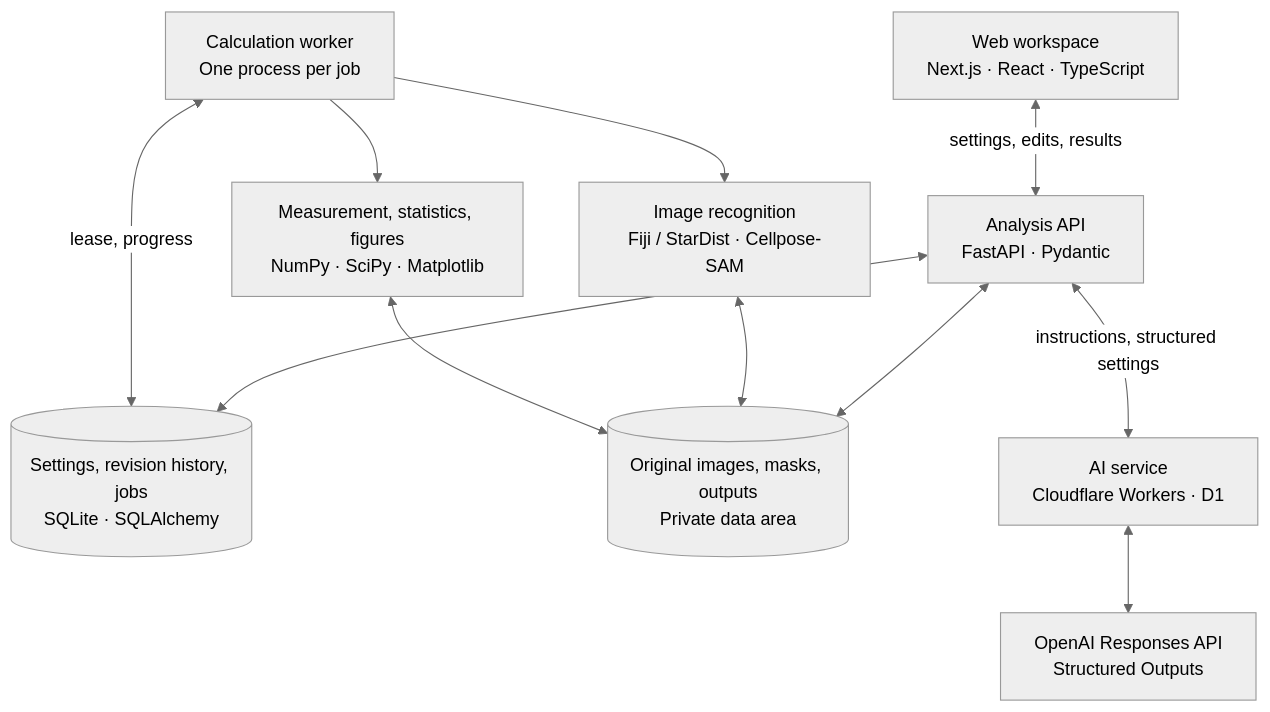
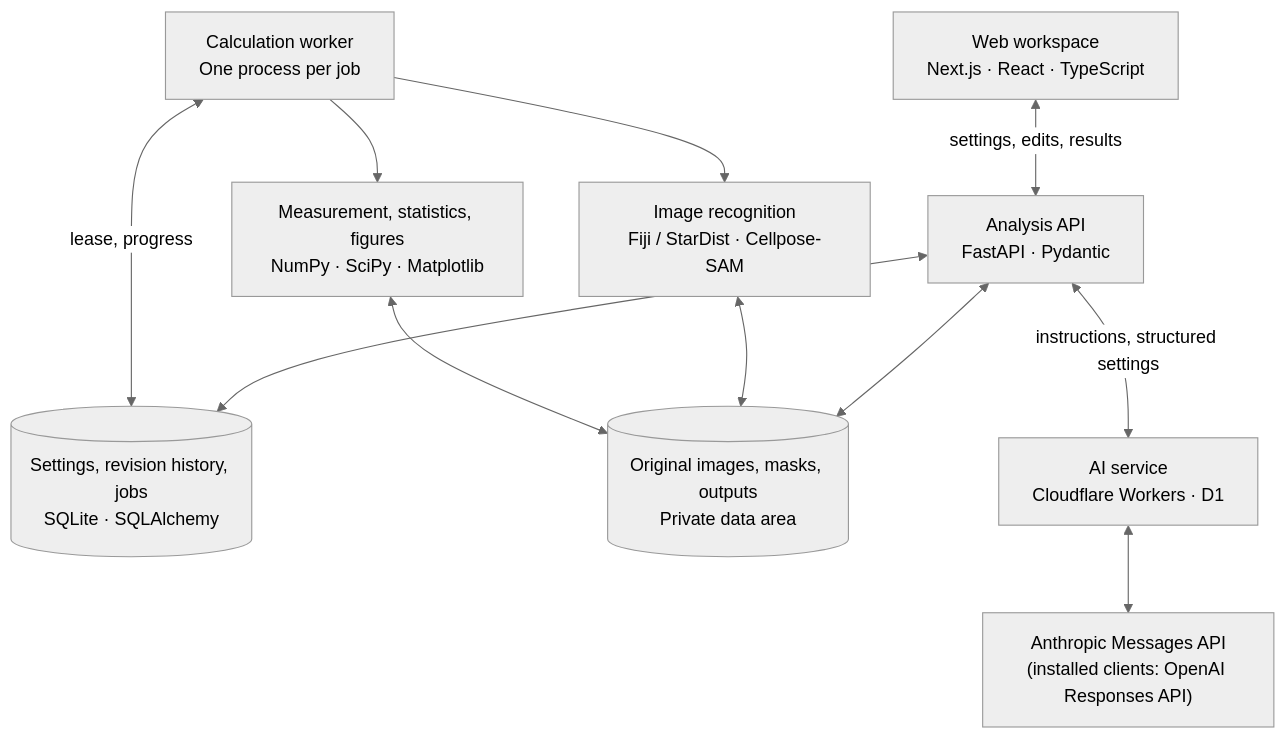
One commit to genellect/cytellect changed the diagram in README.en.md. Above: the diagram before and after it, drawn with Mermaid (neutral theme). The commit also changed 55 other files, not shown here.

````diff
--- a/README.en.md
+++ b/README.en.md
@@ -27,23 +27,23 @@
 ```mermaid
 flowchart TB
     Web["Web workspace<br/>Next.js · React · TypeScript"]
     API["Analysis API<br/>FastAPI · Pydantic"]
     State[("Settings, revision history, jobs<br/>SQLite · SQLAlchemy")]
     Files[("Original images, masks, outputs<br/>Private data area")]
     Worker["Calculation worker<br/>One process per job"]
     Models["Image recognition<br/>Fiji / StarDist · Cellpose-SAM"]
     Python["Measurement, statistics, figures<br/>NumPy · SciPy · Matplotlib"]
     Relay["AI service<br/>Cloudflare Workers · D1"]
-    LLM["OpenAI Responses API<br/>Structured Outputs"]
+    LLM["Anthropic Messages API<br/>(installed clients: OpenAI Responses API)"]
 
     Web <-->|settings, edits, results| API
     API <--> State
     API <--> Files
     Worker <-->|lease, progress| State
     Worker --> Models
     Worker --> Python
     Models <--> Files
     Python <--> Files
     API <-->|instructions, structured settings| Relay
     Relay <--> LLM
 ```
````
